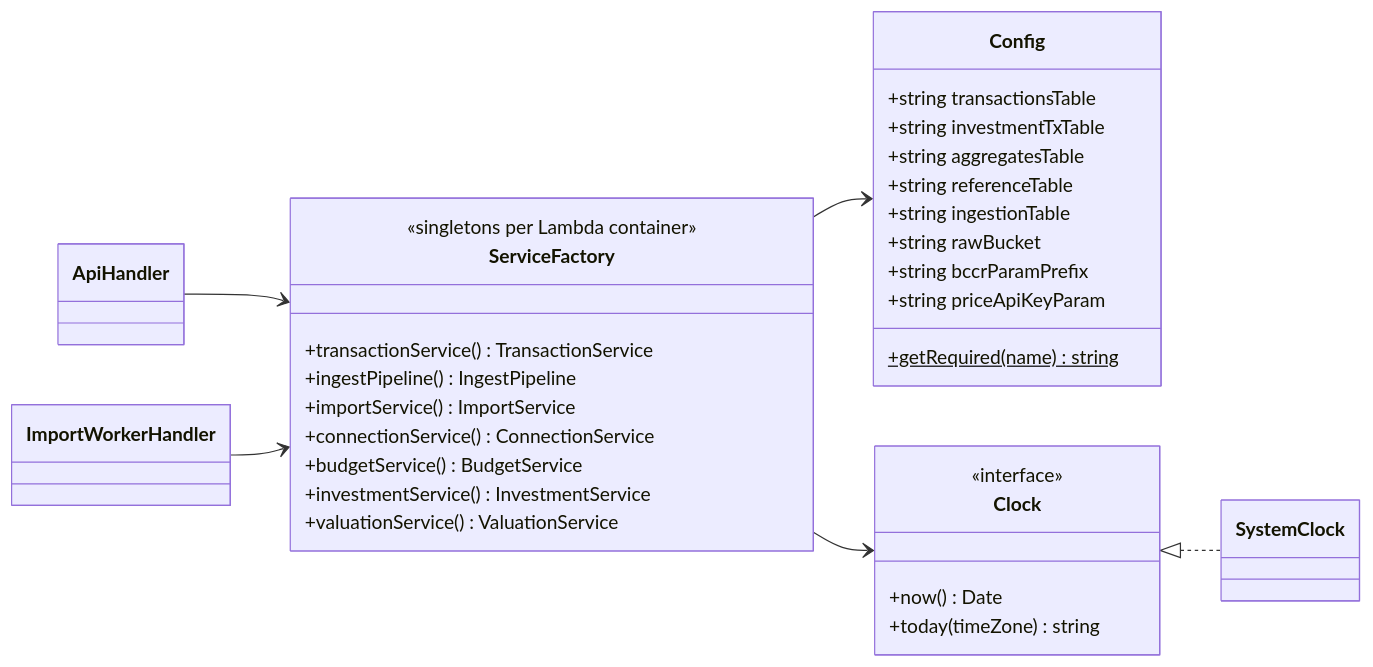
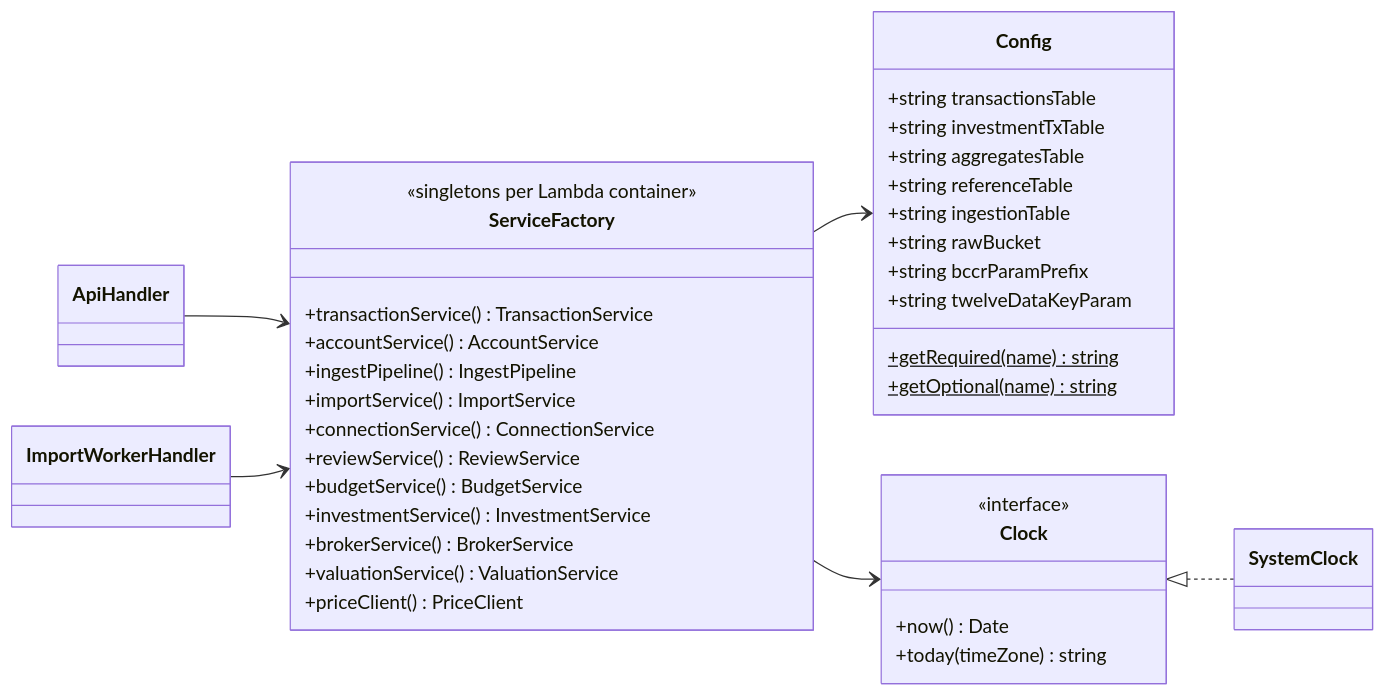
One commit to Ezequiel294/cs3365-finance-app changed the fifth of 17 diagrams in docs/diagrams/class-diagram.md. Above: the diagram before and after it, drawn with Mermaid. The commit also changed other lines of this file and 15 other files, not shown here.

Commit message:
attempt 2 diagram/architecture changes

````diff
--- a/docs/diagrams/class-diagram.md
+++ b/docs/diagrams/class-diagram.md
@@ -580,38 +800,43 @@
 ```mermaid
 classDiagram
     direction LR
     class Config {
         +getRequired(name)$ string
+        +getOptional(name)$ string
         +string transactionsTable
         +string investmentTxTable
         +string aggregatesTable
         +string referenceTable
         +string ingestionTable
         +string rawBucket
         +string bccrParamPrefix
-        +string priceApiKeyParam
+        +string twelveDataKeyParam
     }
     class ServiceFactory {
         <<singletons per Lambda container>>
         +transactionService() TransactionService
+        +accountService() AccountService
         +ingestPipeline() IngestPipeline
         +importService() ImportService
         +connectionService() ConnectionService
+        +reviewService() ReviewService
         +budgetService() BudgetService
         +investmentService() InvestmentService
+        +brokerService() BrokerService
         +valuationService() ValuationService
+        +priceClient() PriceClient
     }
     class Clock {
         <<interface>>
         +now() Date
         +today(timeZone) string
     }
     class SystemClock
     class ApiHandler
     class ImportWorkerHandler
     Clock <|.. SystemClock
     ServiceFactory --> Config
     ServiceFactory --> Clock
     ApiHandler --> ServiceFactory
     ImportWorkerHandler --> ServiceFactory
 ```
````
